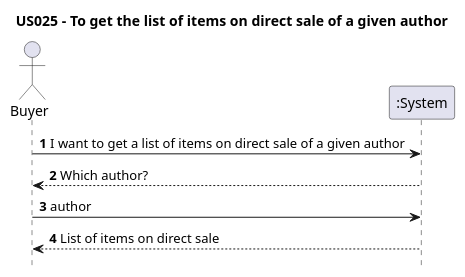
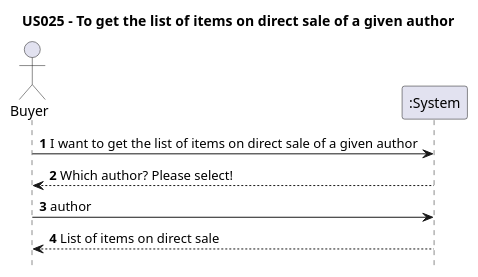
The diagram in Diagrams/SequenceDiagrams/N1/US025-to-get-the-list-of-items-on-direct-sale-of-a-given-author.puml (AndrePereiraGitH/SWitCH-Project-Team_A), drawn with PlantUML before and after one commit. The commit also changed 5 other files, not shown here.

```diff
--- a/Diagrams/SequenceDiagrams/N1/US025-to-get-the-list-of-items-on-direct-sale-of-a-given-author.puml
+++ b/Diagrams/SequenceDiagrams/N1/US025-to-get-the-list-of-items-on-direct-sale-of-a-given-author.puml
@@ -1,14 +1,14 @@
 @startuml
 
 hide footbox
 title US025 - To get the list of items on direct sale of a given author
 
 actor Buyer
 participant ":System" as System
 
-Buyer -> System : **1** I want to get a list of items on direct sale of a given author
-Buyer <-- System : **2** Which author?
+Buyer -> System : **1** I want to get the list of items on direct sale of a given author
+Buyer <-- System : **2** Which author? Please select!
 Buyer -> System : **3** author
 System --> Buyer : **4** List of items on direct sale
 
 @enduml
```
